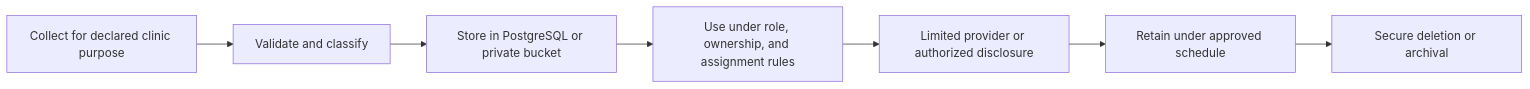
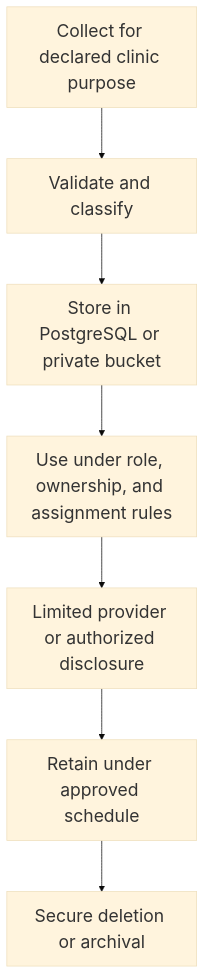
Before and after one commit to Tokise/Zentraq-backend: diagram 14 of 14 in docs/SOFTWARE_ARCHITECTURE_DOCUMENT.md, drawn with Mermaid. The commit also changed other lines of this file, not shown here.

````diff
--- a/docs/SOFTWARE_ARCHITECTURE_DOCUMENT.md
+++ b/docs/SOFTWARE_ARCHITECTURE_DOCUMENT.md
@@ -1084,12 +1290,24 @@
 ```mermaid
-flowchart LR
+---
+config:
+  theme: base
+  themeVariables:
+    fontSize: "24px"
+  flowchart:
+    nodeSpacing: 50
+    rankSpacing: 70
+  er:
+    fontSize: 24
+    layoutDirection: TB
+---
+flowchart TB
     Collect["Collect for declared clinic purpose"]
     Validate["Validate and classify"]
     Store["Store in PostgreSQL or private bucket"]
     Use["Use under role, ownership, and assignment rules"]
     Share["Limited provider or authorized disclosure"]
     Retain["Retain under approved schedule"]
     Dispose["Secure deletion or archival"]
 
     Collect --> Validate --> Store --> Use --> Share --> Retain --> Dispose
 ```
````
